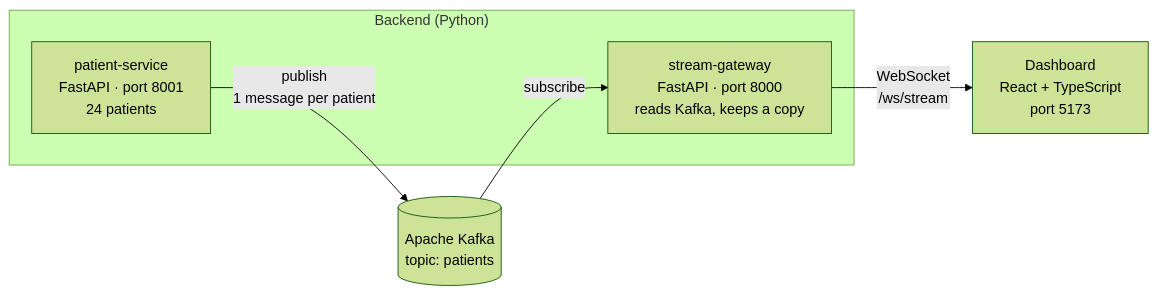
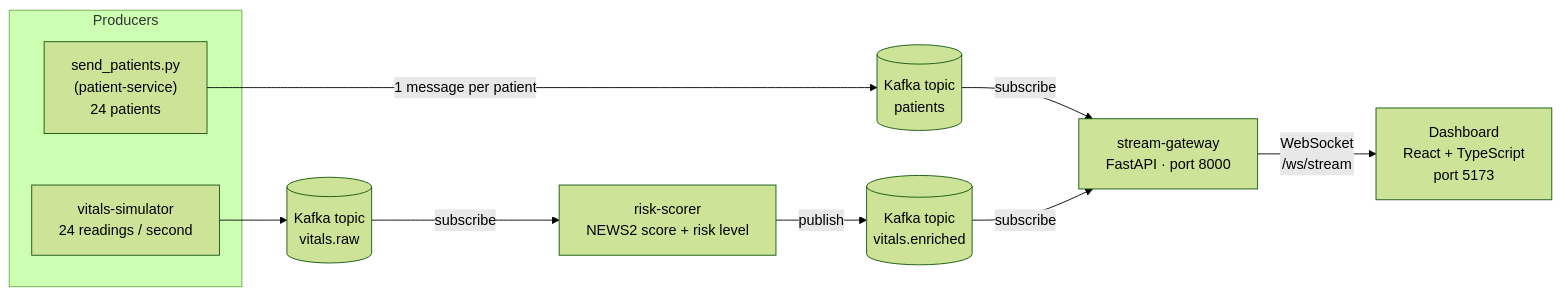
One commit to Navjot-Singh2608/vitalstream changed the diagram in README.md. Above: the diagram before and after it, drawn with Mermaid (forest theme). The commit also changed other lines of this file and 1 other file, not shown here.

Commit message:
Add live vital signs: simulator, gateway streaming, table pagination

````diff
--- a/README.md
+++ b/README.md
@@ -29,13 +29,21 @@
 ```mermaid
 flowchart LR
-    subgraph backend["Backend (Python)"]
-        PS["patient-service<br/>FastAPI · port 8001<br/>24 patients"]
-        SG["stream-gateway<br/>FastAPI · port 8000<br/>reads Kafka, keeps a copy"]
+    subgraph producers["Producers"]
+        SP["send_patients.py<br/>(patient-service)<br/>24 patients"]
+        VS["vitals-simulator<br/>24 readings / second"]
     end
-    K[("Apache Kafka<br/>topic: patients")]
+    T1[("Kafka topic<br/>patients")]
+    T2[("Kafka topic<br/>vitals.raw")]
+    RS["risk-scorer<br/>NEWS2 score + risk level"]
+    T3[("Kafka topic<br/>vitals.enriched")]
+    SG["stream-gateway<br/>FastAPI · port 8000"]
     D["Dashboard<br/>React + TypeScript<br/>port 5173"]
 
-    PS -- "publish<br/>1 message per patient" --> K
-    K -- "subscribe" --> SG
+    SP -- "1 message per patient" --> T1
+    VS --> T2
+    T2 -- "subscribe" --> RS
+    RS -- "publish" --> T3
+    T1 -- "subscribe" --> SG
+    T3 -- "subscribe" --> SG
     SG -- "WebSocket<br/>/ws/stream" --> D
 ```
````
